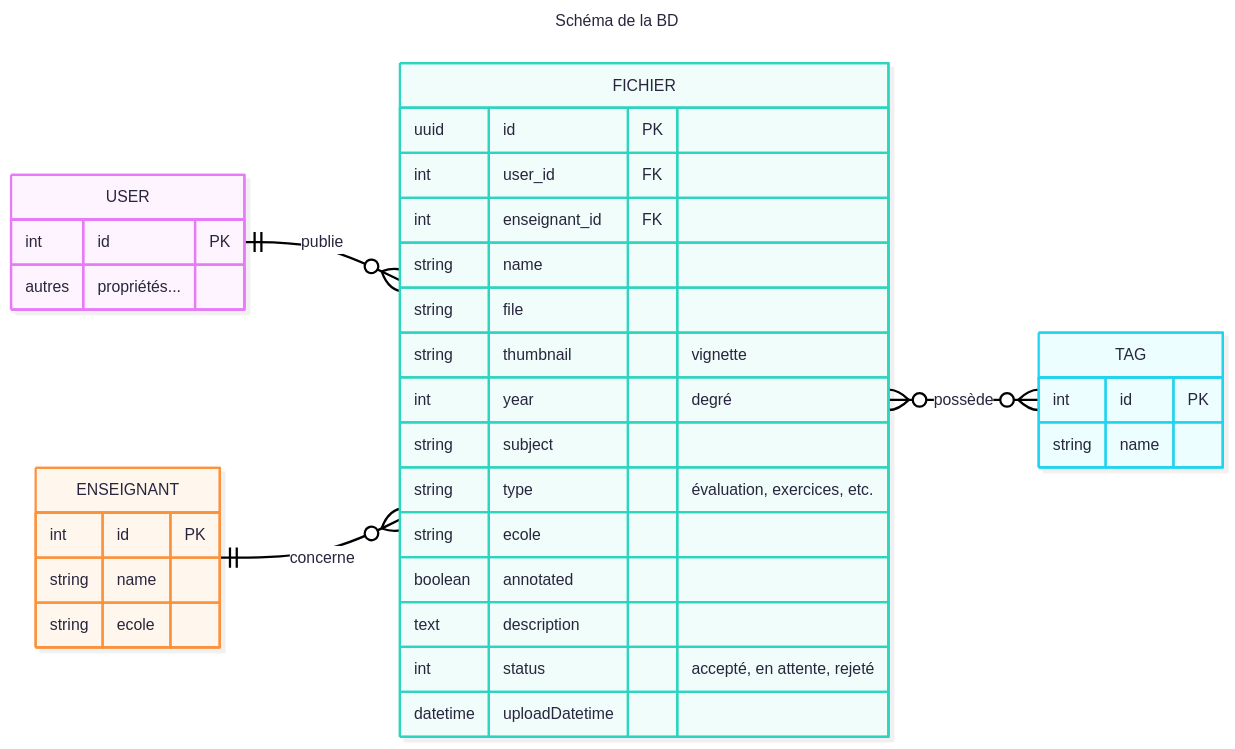
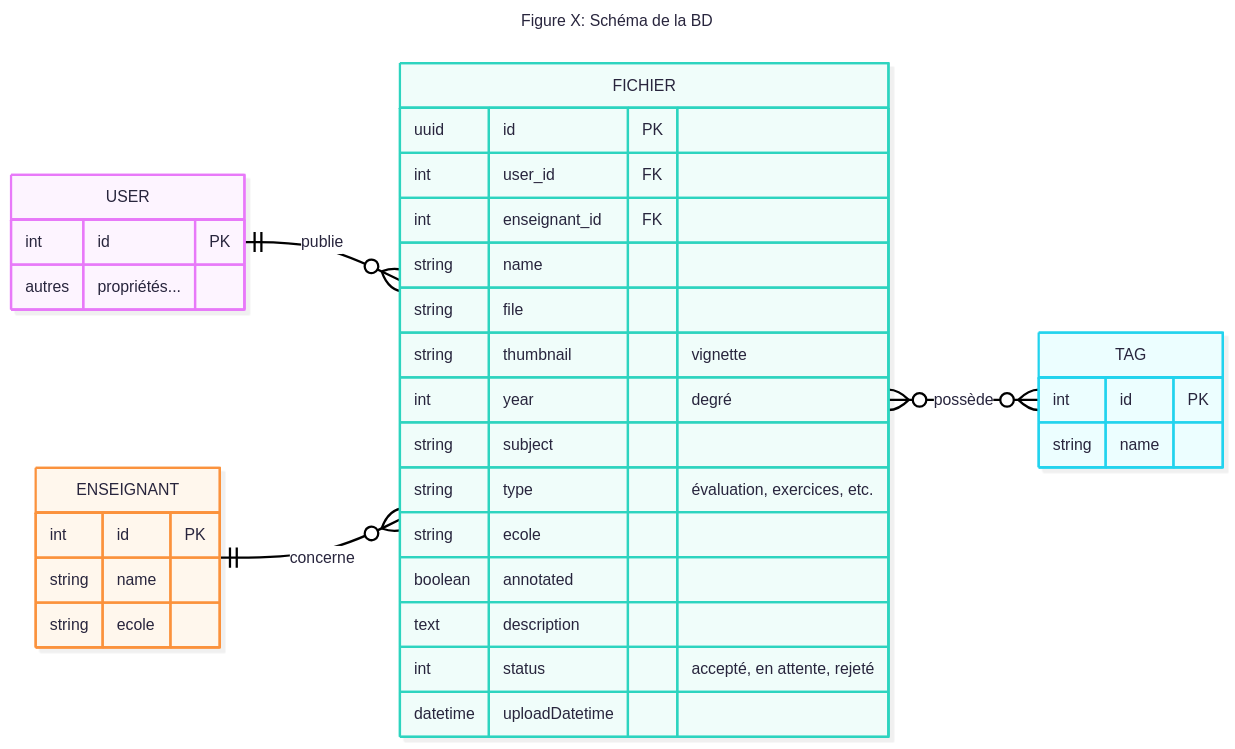
Before and after one commit to Zbebz/caverne-dAli-baba: the first of 4 diagrams in rapport.md, drawn with Mermaid. The commit also changed other lines of this file, not shown here.

````diff
--- a/rapport.md
+++ b/rapport.md
@@ -111,46 +116,46 @@
 ```mermaid
 ---
-title: Schéma de la BD
+title: "Figure X: Schéma de la BD"
 config:
   theme: redux-color
   look: neo
 ---
 erDiagram
     direction LR
     USER {
         int id PK
         autres propriétés...
     }
 
 FICHIER {
         uuid id PK
         int user_id FK
         int enseignant_id FK
         string name
         string file
         string thumbnail "vignette"
         int year "degré"
         string subject
         string type "évaluation, exercices, etc."
         string ecole
         boolean annotated
         text description
         int status "accepté, en attente, rejeté"
         datetime uploadDatetime
     }
 
     ENSEIGNANT {
         int id PK
         string name
         string ecole
     }
 
     TAG {
         int id PK
         string name
     }
 
     USER ||--o{ FICHIER : publie
     ENSEIGNANT ||--o{ FICHIER : concerne
     FICHIER }o--o{ TAG : possède
 ```
````
